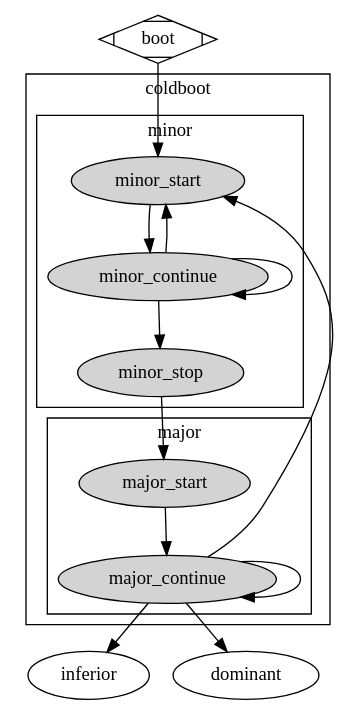
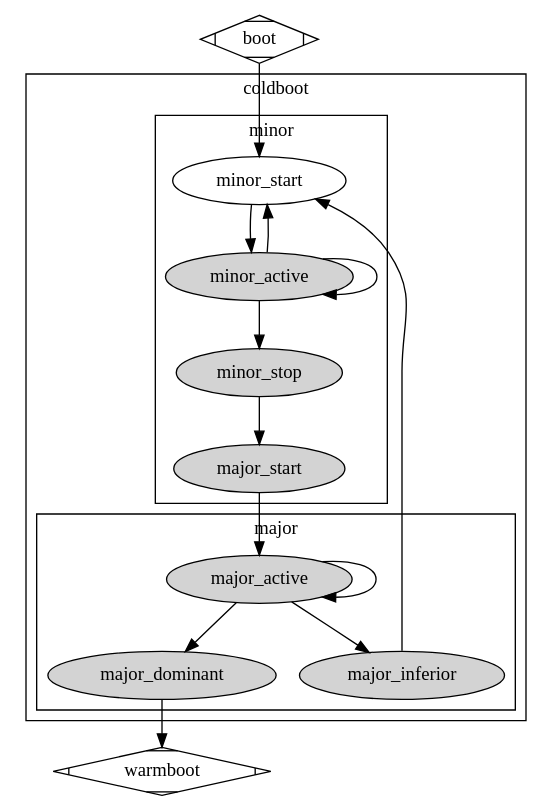
Before and after one commit to 8bitgeek/libezbus: the diagram in docs/coldboot.dot, drawn with Graphviz. The commit also changed 2 other files, not shown here.

```diff
--- a/docs/coldboot.dot
+++ b/docs/coldboot.dot
@@ -1,37 +1,40 @@
 digraph boot0 
 {
     boot [shape=Mdiamond];
+    boot -> minor_start;
 
     subgraph cluster_coldboot_minor 
     {
         label = "coldboot";
         node [style=filled];
 
         subgraph cluster_coldboot_minor 
         {
             label = "minor";
             node [style=filled];
 
-            minor_start -> minor_continue;
-            minor_continue -> minor_continue;
-            minor_continue -> minor_stop;
-            minor_continue -> minor_start;
+            minor_start -> minor_active;
+            minor_active -> minor_active;
+            minor_active -> minor_stop;
+            minor_active -> minor_start;
+            minor_stop -> major_start;
         }
 
         subgraph cluster_coldboot
         {
             label = "major";
             node [style=filled];
 
-            major_start ->major_continue;
-            major_continue -> major_continue;
-            major_continue -> minor_start;
+            major_start ->major_active;
+            major_active -> major_active;
+            major_active -> major_dominant;
+            major_active -> major_inferior;
         }
 
     }
 
-    minor_stop -> major_start;
-    boot -> minor_start;
-    major_continue -> inferior;
-    major_continue -> dominant;
+    warmboot [shape=Mdiamond];
+
+    major_inferior -> minor_start;
+    major_dominant -> warmboot;
 }
```
